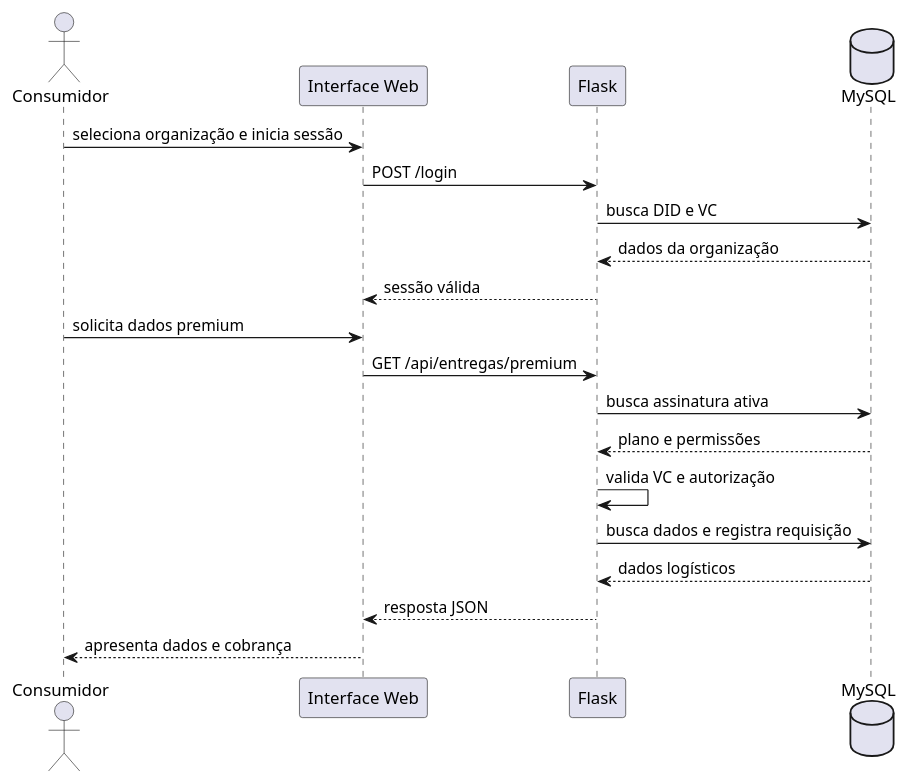
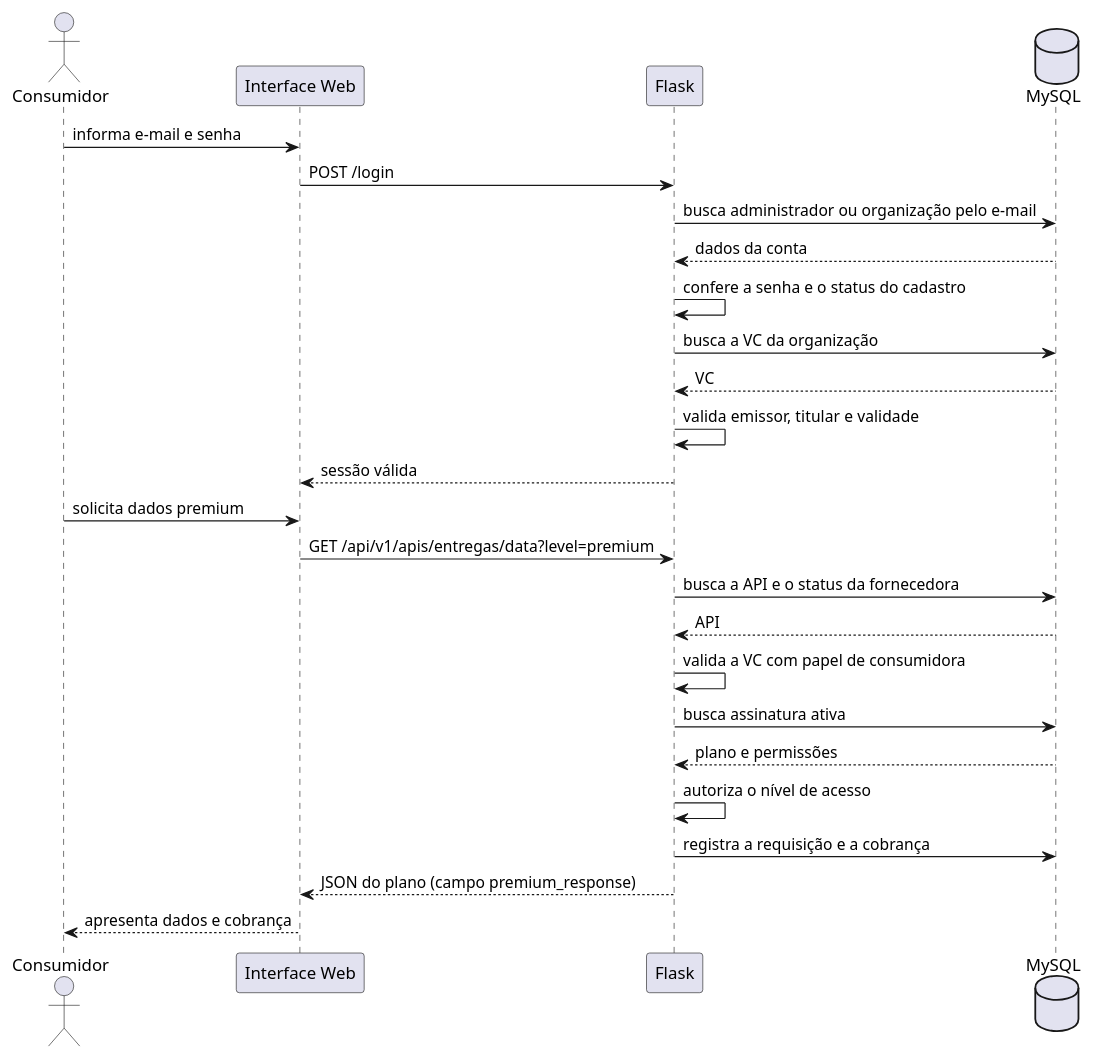
Before and after one commit to Pedro-Henrique-Assis/mvp-dataspaces: the diagram in docs/uml/sequence-consume.puml, drawn with PlantUML. The commit also changed 2 other files, not shown here.

Commit message:
docs: atualizar diagramas UML

```diff
--- a/docs/uml/sequence-consume.puml
+++ b/docs/uml/sequence-consume.puml
@@ -1,22 +1,28 @@
 @startuml
 actor Consumidor
 participant "Interface Web" as UI
 participant "Flask" as App
 database "MySQL" as DB
 
-Consumidor -> UI: seleciona organização e inicia sessão
+Consumidor -> UI: informa e-mail e senha
 UI -> App: POST /login
-App -> DB: busca DID e VC
-DB --> App: dados da organização
+App -> DB: busca administrador ou organização pelo e-mail
+DB --> App: dados da conta
+App -> App: confere a senha e o status do cadastro
+App -> DB: busca a VC da organização
+DB --> App: VC
+App -> App: valida emissor, titular e validade
 App --> UI: sessão válida
 
 Consumidor -> UI: solicita dados premium
-UI -> App: GET /api/entregas/premium
+UI -> App: GET /api/v1/apis/entregas/data?level=premium
+App -> DB: busca a API e o status da fornecedora
+DB --> App: API
+App -> App: valida a VC com papel de consumidora
 App -> DB: busca assinatura ativa
 DB --> App: plano e permissões
-App -> App: valida VC e autorização
-App -> DB: busca dados e registra requisição
-DB --> App: dados logísticos
-App --> UI: resposta JSON
+App -> App: autoriza o nível de acesso
+App -> DB: registra a requisição e a cobrança
+App --> UI: JSON do plano (campo premium_response)
 UI --> Consumidor: apresenta dados e cobrança
 @enduml
```
